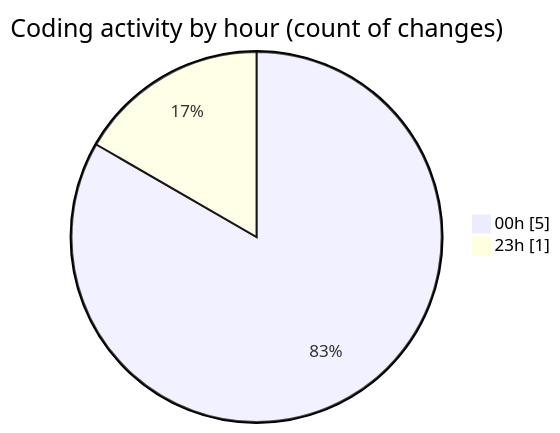
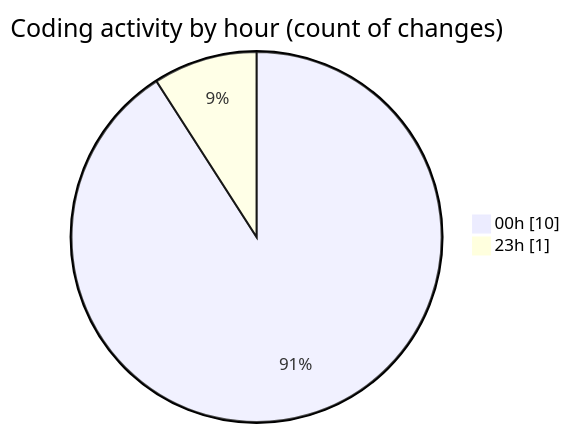
Before and after one commit to nxtqubesakshisongat/code-tracking: the second of 2 diagrams in 2026-03-15/nxtqube_webapp/README.md, drawn with Mermaid. The commit also changed other lines of this file and 1 other file, not shown here.

````diff
--- a/2026-03-15/nxtqube_webapp/README.md
+++ b/2026-03-15/nxtqube_webapp/README.md
@@ -28,6 +28,6 @@
 ```mermaid
 pie showData
 title Coding activity by hour (count of changes)
-"00h" : 5
+"00h" : 10
 "23h" : 1
 ```
````
